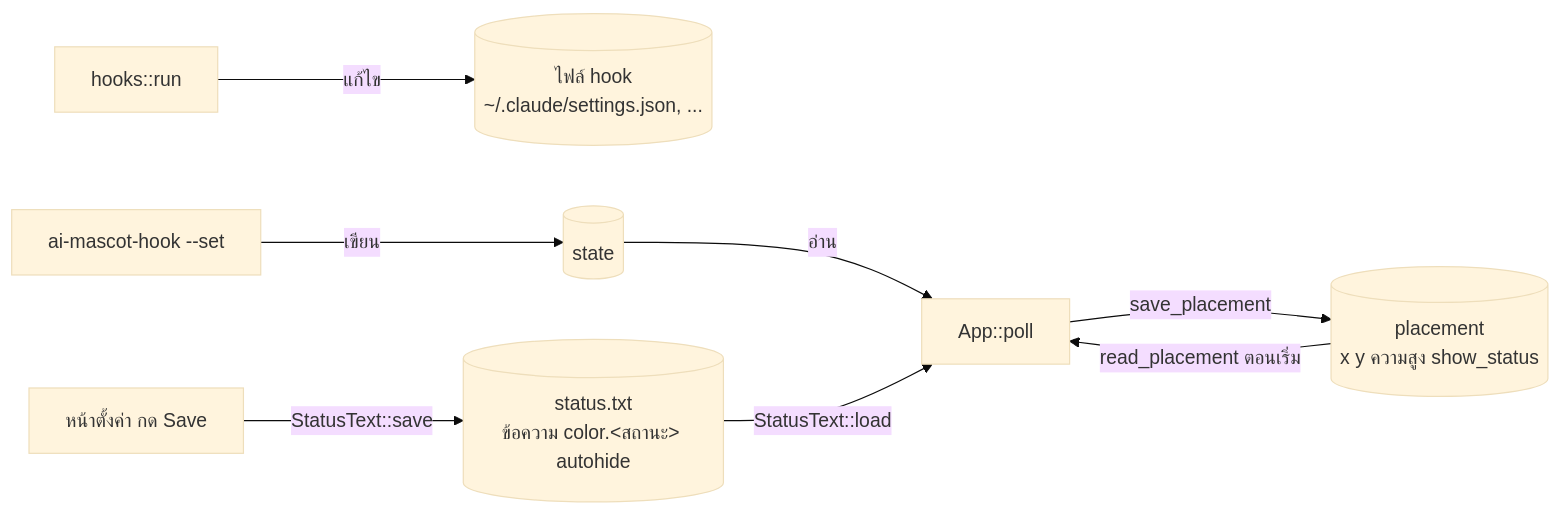
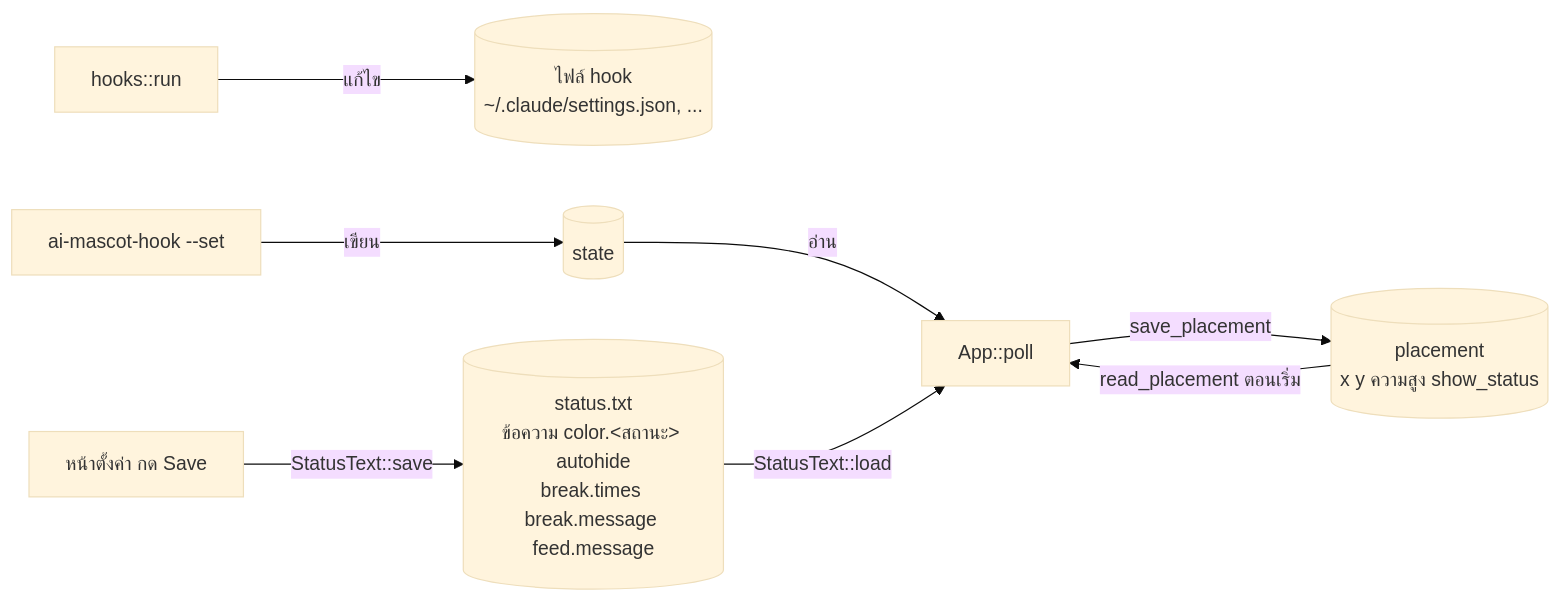
Before and after one commit to thanachaiakt/ai-mascot-hook: the seventh of 7 diagrams in docs/th/architecture.md, drawn with Mermaid (base theme). The commit also changed other lines of this file and 44 other files, not shown here.

````diff
--- a/docs/th/architecture.md
+++ b/docs/th/architecture.md
@@ -200,10 +207,10 @@
 ```mermaid
 flowchart LR
     hooks2["hooks::run"] -- "แก้ไข" --> settings[("ไฟล์ hook<br/>~/.claude/settings.json, ...")]
     setcmd["ai-mascot-hook --set"] -- "เขียน" --> state[("state")]
     state -- "อ่าน" --> app2["App::poll"]
     app2 -- "save_placement" --> placement[("placement<br/>x y ความสูง show_status")]
     placement -- "read_placement ตอนเริ่ม" --> app2
-    editor2["หน้าตั้งค่า กด Save"] -- "StatusText::save" --> statustxt[("status.txt<br/>ข้อความ color.&lt;สถานะ&gt; autohide")]
+    editor2["หน้าตั้งค่า กด Save"] -- "StatusText::save" --> statustxt[("status.txt<br/>ข้อความ color.&lt;สถานะ&gt; autohide<br/>break.times break.message feed.message")]
     statustxt -- "StatusText::load" --> app2
 ```
````
